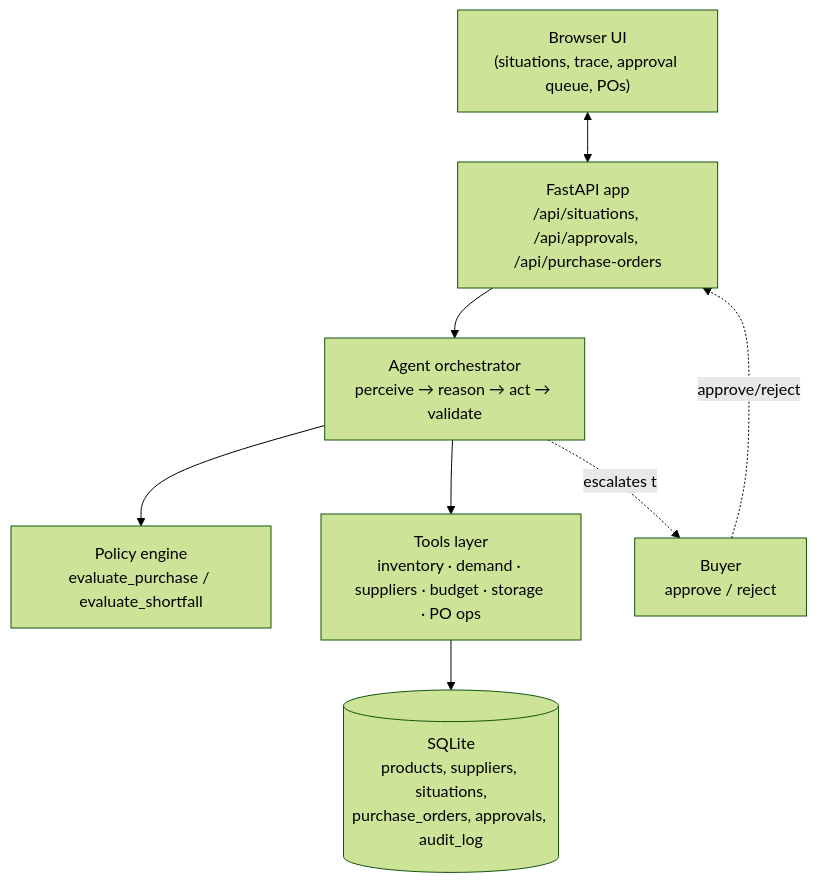
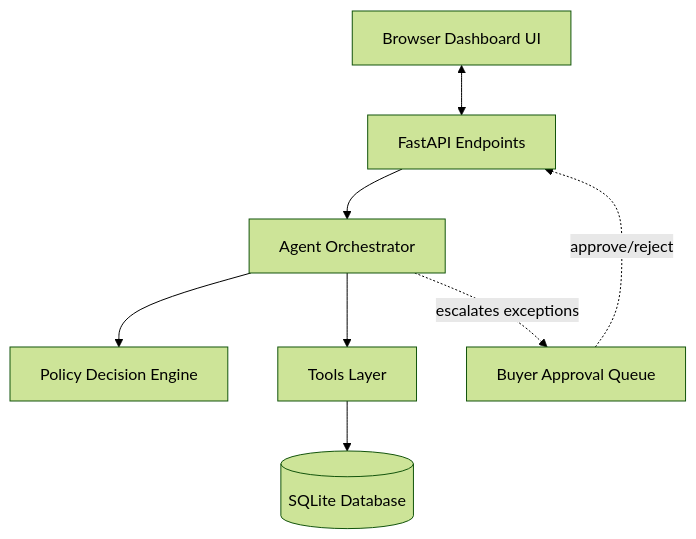
The diagram in README.md (atulmint/Purchasing-agent), drawn with Mermaid (forest theme) before and after one commit. The commit also changed other lines of this file, not shown here.

````diff
--- a/README.md
+++ b/README.md
@@ -49,18 +44,18 @@
 ```mermaid
 flowchart TB
-    UI["Browser UI<br/>(situations, trace, approval queue, POs)"]
-    API["FastAPI app<br/>/api/situations, /api/approvals, /api/purchase-orders"]
-    Agent["Agent orchestrator<br/>perceive → reason → act → validate"]
-    Policy["Policy engine<br/>evaluate_purchase / evaluate_shortfall"]
-    Tools["Tools layer<br/>inventory · demand · suppliers · budget · storage · PO ops"]
-    DB[("SQLite<br/>products, suppliers, situations,<br/>purchase_orders, approvals, audit_log")]
-    Human["Buyer<br/>approve / reject"]
+    UI["Browser Dashboard UI"]
+    API["FastAPI Endpoints"]
+    Agent["Agent Orchestrator"]
+    Policy["Policy Decision Engine"]
+    Tools["Tools Layer"]
+    DB[("SQLite Database")]
+    Human["Buyer Approval Queue"]
 
     UI <--> API
     API --> Agent
     Agent --> Policy
     Agent --> Tools
     Tools --> DB
-    Agent -.escalates to.-> Human
+    Agent -.escalates exceptions.-> Human
     Human -.approve/reject.-> API
 ```
````
